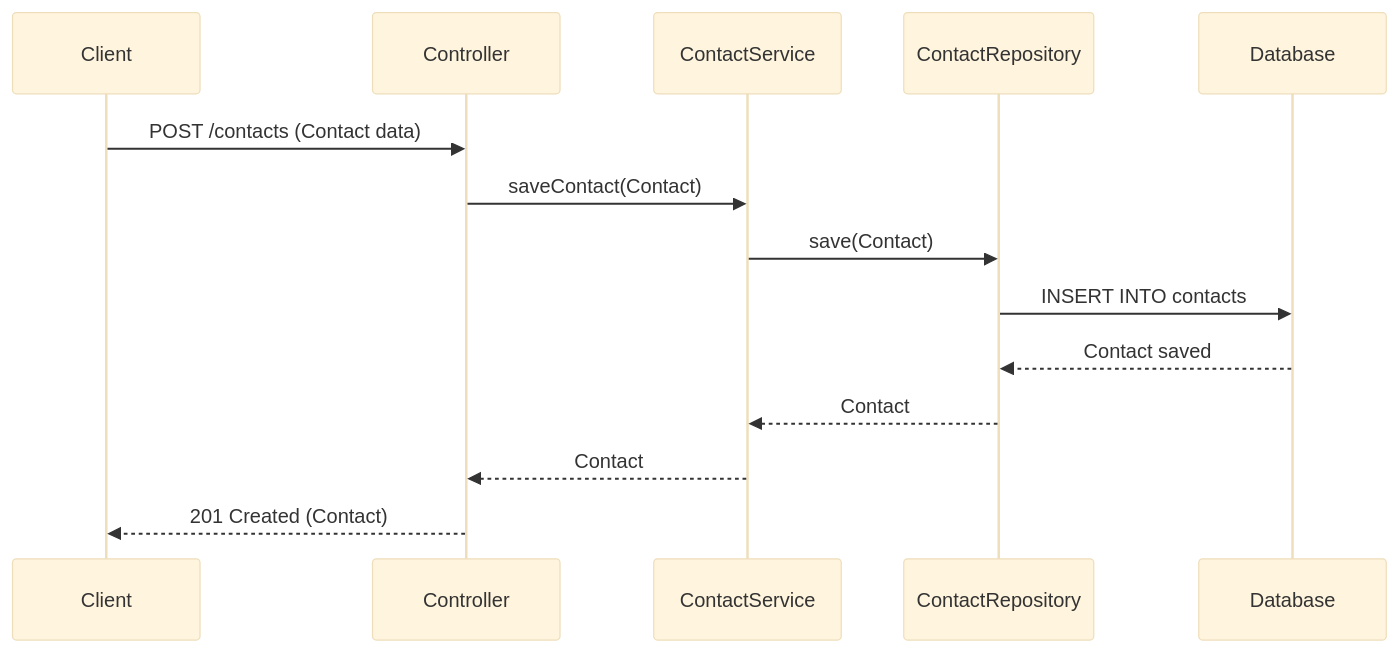
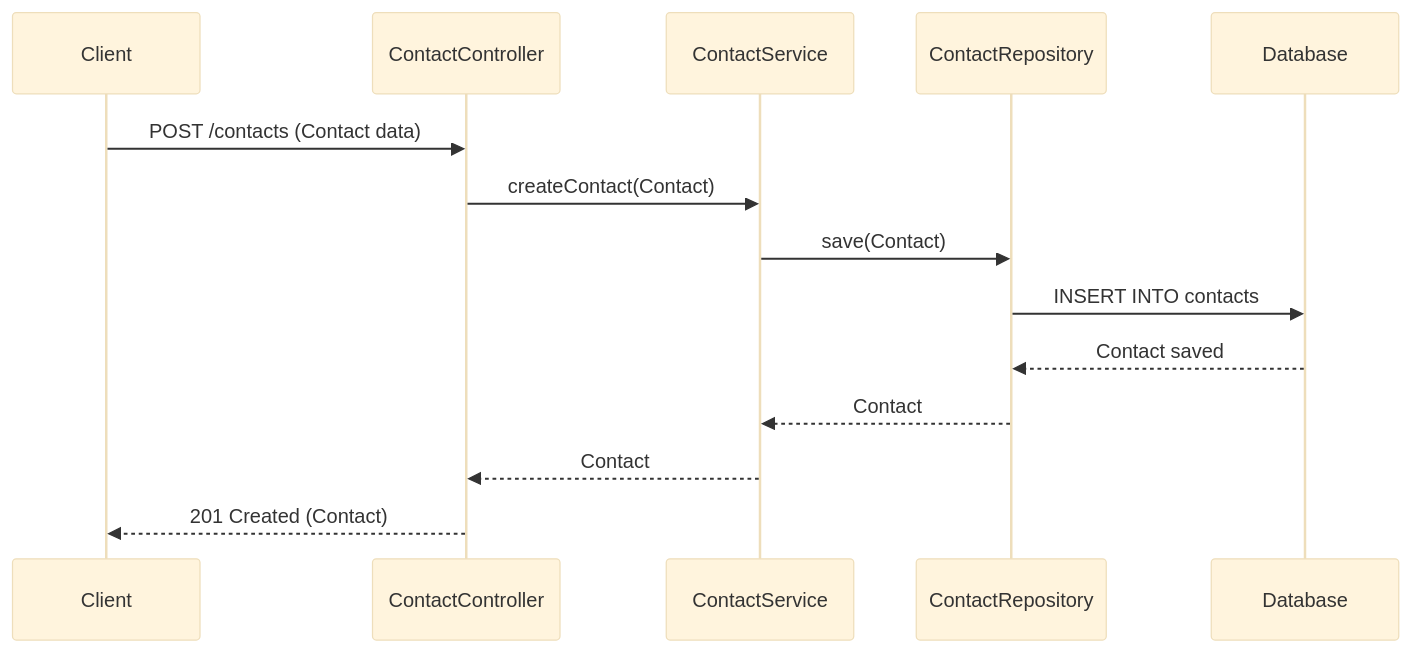
The first of 5 diagrams in docs/diagrams/sequence-diagram.md (dreeemchaser/contactapi), drawn with Mermaid (base theme) before and after one commit. The commit also changed other lines of this file and 22 other files, not shown here.

````diff
--- a/docs/diagrams/sequence-diagram.md
+++ b/docs/diagrams/sequence-diagram.md
@@ -3,17 +5,17 @@
 ```mermaid
 sequenceDiagram
     participant Client
-    participant Controller
+    participant ContactController
     participant ContactService
     participant ContactRepository
     participant Database
 
-    Client->>Controller: POST /contacts (Contact data)
-    Controller->>ContactService: saveContact(Contact)
+    Client->>ContactController: POST /contacts (Contact data)
+    ContactController->>ContactService: createContact(Contact)
     ContactService->>ContactRepository: save(Contact)
     ContactRepository->>Database: INSERT INTO contacts
     Database-->>ContactRepository: Contact saved
     ContactRepository-->>ContactService: Contact
-    ContactService-->>Controller: Contact
-    Controller-->>Client: 201 Created (Contact)
+    ContactService-->>ContactController: Contact
+    ContactController-->>Client: 201 Created (Contact)
 ```
````
